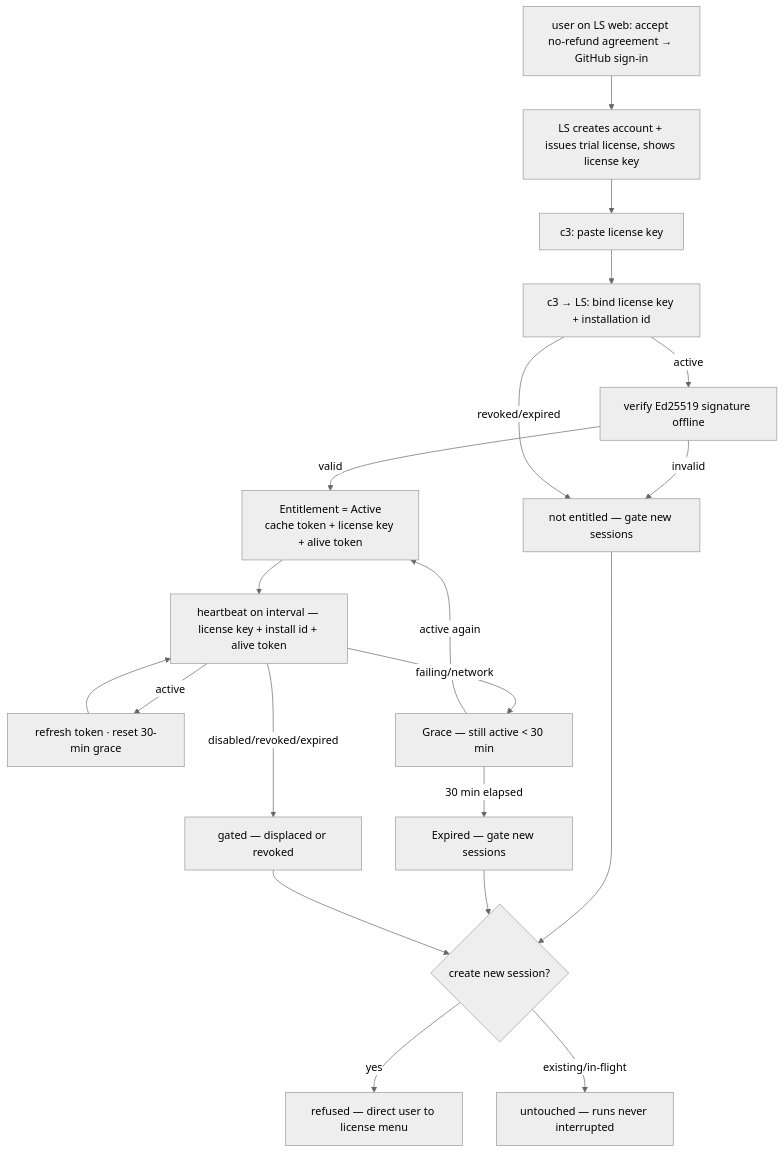
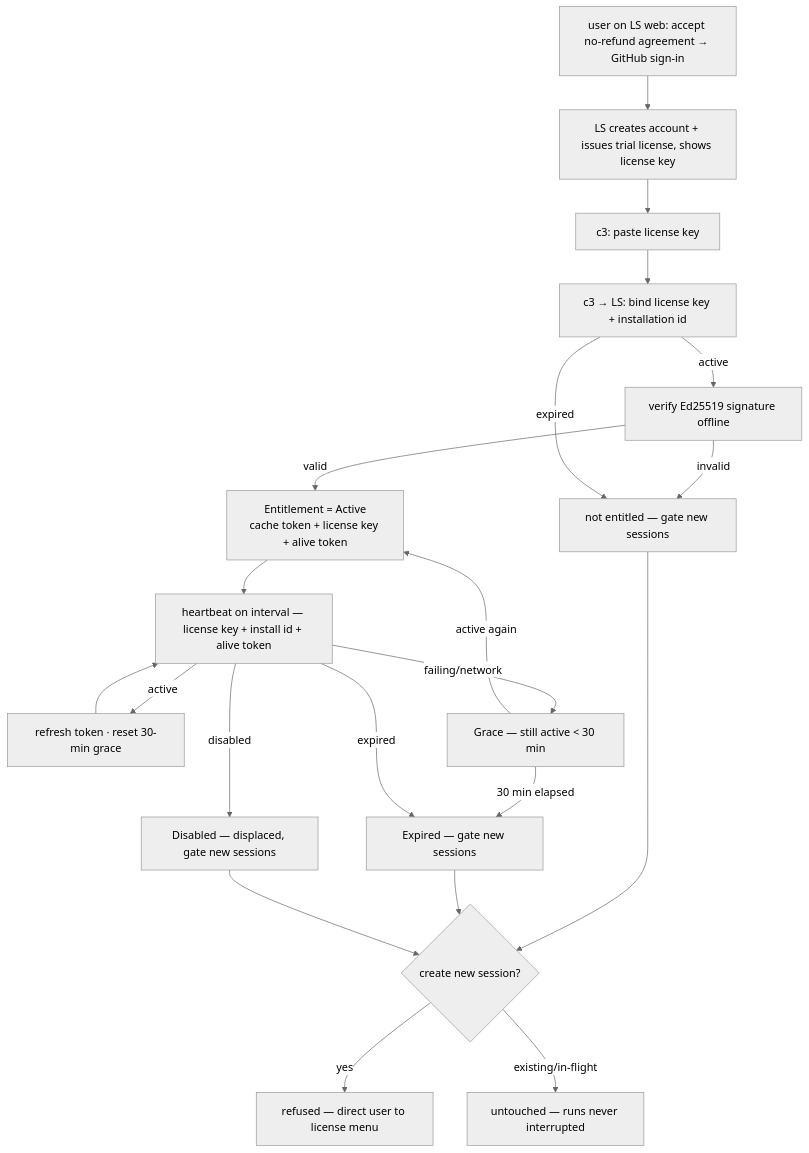
One commit to sequencestream/c3 changed the diagram in specs/flows/flow-activation-and-entitlement.md. Above: the diagram before and after it, drawn with Mermaid (neutral theme). The commit also changed other lines of this file and 113 other files, not shown here.

````diff
--- a/specs/flows/flow-activation-and-entitlement.md
+++ b/specs/flows/flow-activation-and-entitlement.md
@@ -17,22 +17,23 @@
 ```mermaid
 flowchart TD
     SIGNIN[user on LS web: accept no-refund agreement → GitHub sign-in] --> ISSUE[LS creates account + issues trial license, shows license key]
     ISSUE --> PASTE[c3: paste license key]
     PASTE --> BIND[c3 → LS: bind license key + installation id]
     BIND -- active --> VERIFY[verify Ed25519 signature offline]
     VERIFY -- valid --> ACTIVE[Entitlement = Active<br/>cache token + license key + alive token]
     VERIFY -- invalid --> GATE[not entitled — gate new sessions]
-    BIND -- revoked/expired --> GATE
+    BIND -- expired --> GATE
     ACTIVE --> HB[heartbeat on interval — license key + install id + alive token]
     HB -- active --> ACTIVE2[refresh token · reset 30-min grace]
     HB -- failing/network --> GRACE[Grace — still active < 30 min]
     GRACE -- active again --> ACTIVE
     GRACE -- 30 min elapsed --> EXPIRED[Expired — gate new sessions]
-    HB -- disabled/revoked/expired --> REVOKED[gated — displaced or revoked]
+    HB -- disabled --> DISABLED[Disabled — displaced, gate new sessions]
+    HB -- expired --> EXPIRED
     ACTIVE2 --> HB
     GATE --> NEW{create new session?}
     EXPIRED --> NEW
-    REVOKED --> NEW
+    DISABLED --> NEW
     NEW -- yes --> REFUSE[refused — direct user to license menu]
     NEW -- existing/in-flight --> KEEP[untouched — runs never interrupted]
 ```
````
